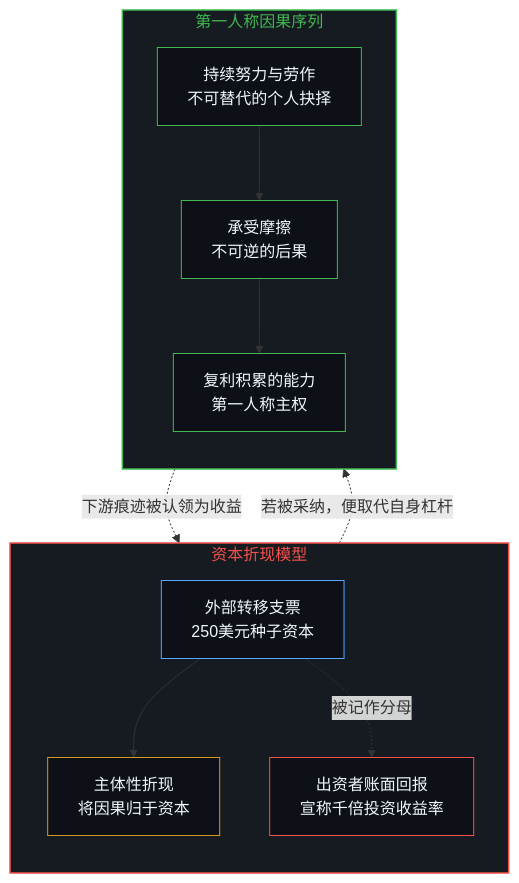
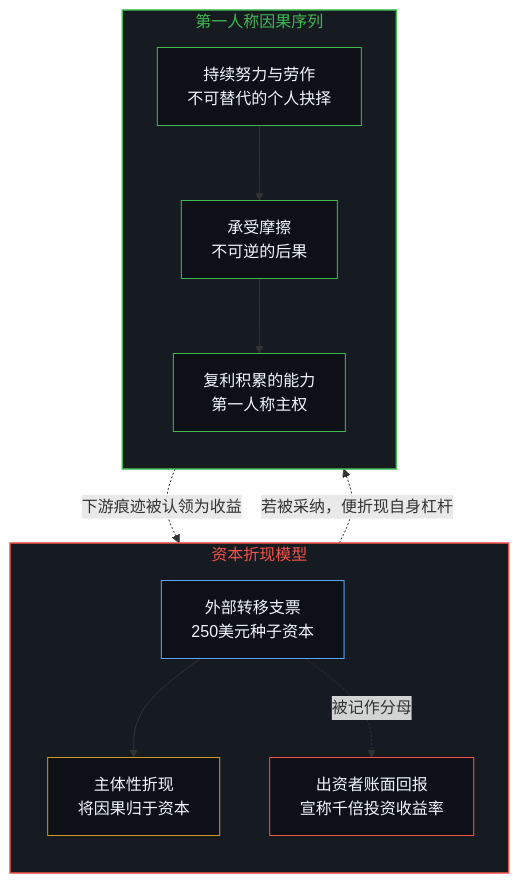
The first of 4 diagrams in content/posts/the-discount-on-agency.md (powerpig99/not-a-toe), drawn with Mermaid before and after one commit. The commit also changed other lines of this file and 2 other files, not shown here.

Commit message:
Consolidate Deep Sleep Batch 24 (lane-agency): remove third-person interior assertions and align diagram labels in receptionist parable and discount-on-agency

````diff
--- a/content/posts/the-discount-on-agency.md
+++ b/content/posts/the-discount-on-agency.md
@@ -17,28 +17,28 @@
 ```mermaid
 flowchart TD
   subgraph S_FIN["资本折现模型"]
     direction TB
     C_IN["外部转移支票<br/>250美元种子资本"]
     C_DISC["主体性折现<br/>将因果归于资本"]
     C_RET["出资者账面回报<br/>宣称千倍投资收益率"]
   end
   subgraph S_ACT["第一人称因果序列"]
     direction TB
     A_ACT["持续努力与劳作<br/>不可替代的个人抉择"]
     A_FRIC["承受摩擦<br/>不可逆的后果"]
     A_GROW["复利积累的能力<br/>第一人称主权"]
   end
   C_IN --> C_DISC
   C_IN -.->|"被记作分母"| C_RET
   A_ACT --> A_FRIC --> A_GROW
   A_GROW -.->|"下游痕迹被认领为收益"| C_RET
-  C_DISC -.->|"若被采纳，便取代自身杠杆"| A_ACT
+  C_DISC -.->|"若被采纳，便折现自身杠杆"| A_ACT
   style S_FIN fill:#161b22,stroke:#f85149,stroke-width:1.5px,color:#f85149
   style S_ACT fill:#161b22,stroke:#3fb950,stroke-width:1.5px,color:#3fb950
   style C_IN fill:#0d1117,stroke:#58a6ff,stroke-width:1px,color:#f0f6fc
   style C_RET fill:#0d1117,stroke:#f85149,stroke-width:1px,color:#f0f6fc
   style C_DISC fill:#0d1117,stroke:#d29922,stroke-width:1px,color:#f0f6fc
   style A_ACT fill:#0d1117,stroke:#3fb950,stroke-width:1px,color:#f0f6fc
   style A_FRIC fill:#0d1117,stroke:#3fb950,stroke-width:1px,color:#f0f6fc
   style A_GROW fill:#0d1117,stroke:#3fb950,stroke-width:1px,color:#f0f6fc
 ```
````
